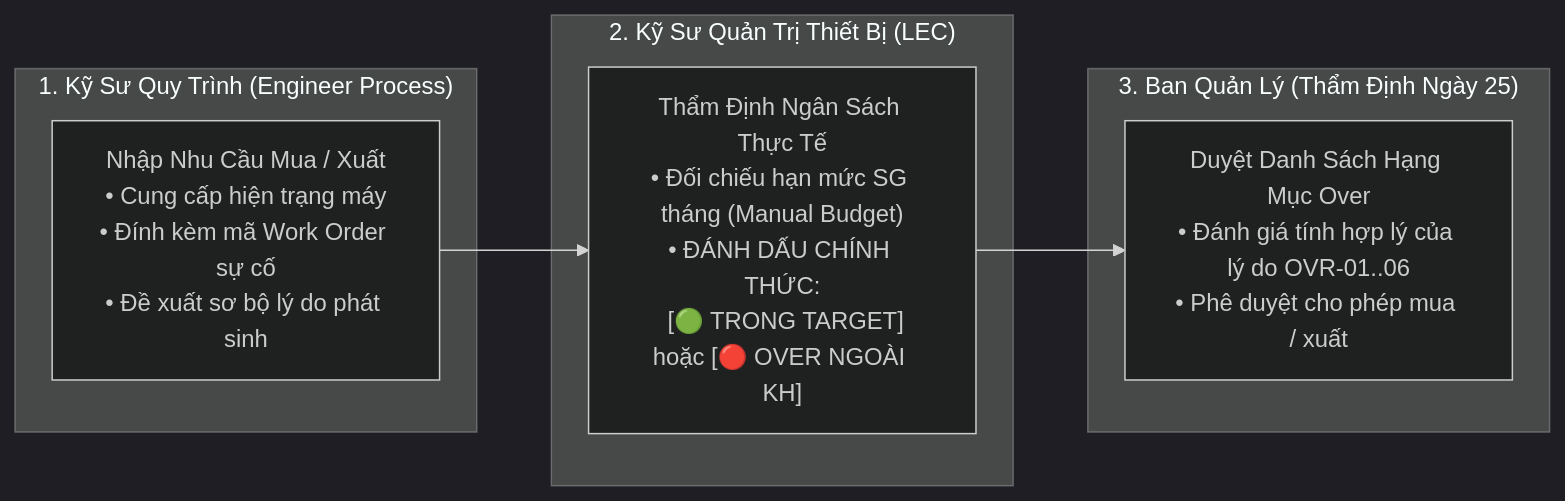
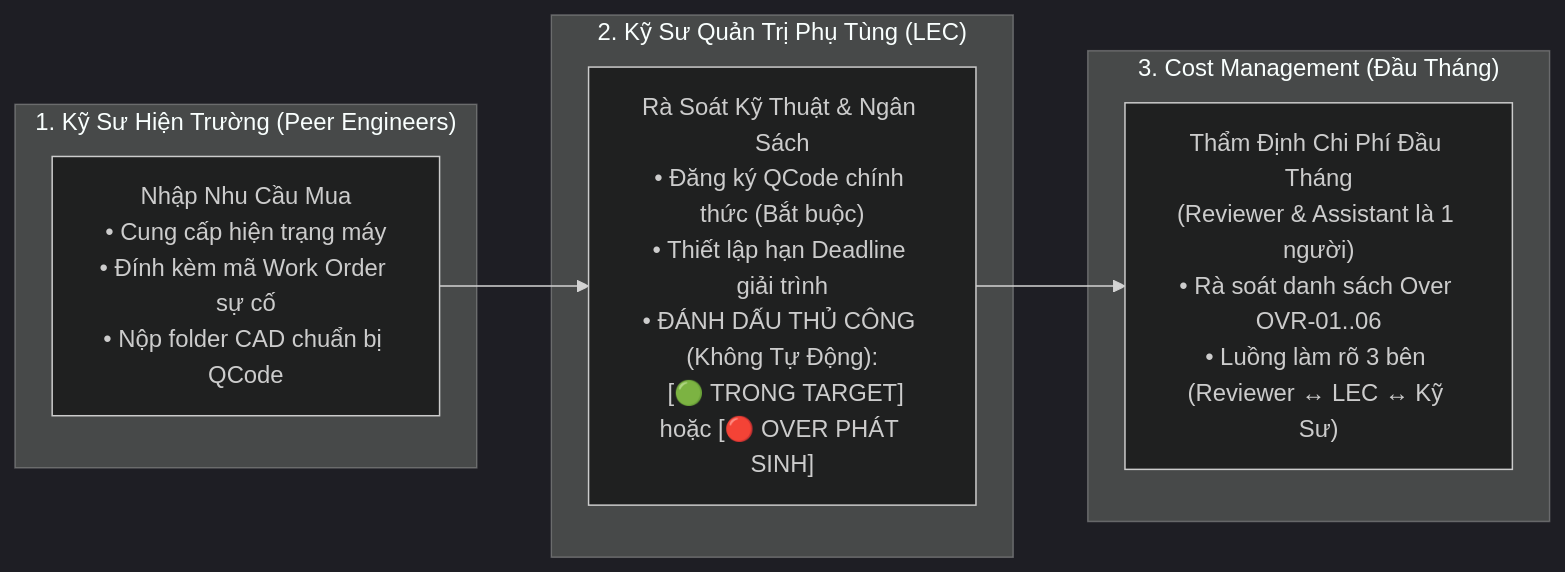
The first of 2 diagrams in procurement-system/04-budget-cost-and-over-management/02-unplanned-over-budget-tracking.md (longphamduc-vn/ops-workflow), drawn with Mermaid (dark theme) before and after one commit. The commit also changed other lines of this file and 37 other files, not shown here.

````diff
--- a/procurement-system/04-budget-cost-and-over-management/02-unplanned-over-budget-tracking.md
+++ b/procurement-system/04-budget-cost-and-over-management/02-unplanned-over-budget-tracking.md
@@ -11,16 +11,16 @@
 ```mermaid
 flowchart LR
-    subgraph REQ["1. Kỹ Sư Quy Trình (Engineer Process)"]
-        A["Nhập Nhu Cầu Mua / Xuất\n• Cung cấp hiện trạng máy\n• Đính kèm mã Work Order sự cố\n• Đề xuất sơ bộ lý do phát sinh"]
+    subgraph REQ["1. Kỹ Sư Hiện Trường (Peer Engineers)"]
+        A["Nhập Nhu Cầu Mua\n• Cung cấp hiện trạng máy\n• Đính kèm mã Work Order sự cố\n• Nộp folder CAD chuẩn bị QCode"]
     end
 
-    subgraph LEC["2. Kỹ Sư Quản Trị Thiết Bị (LEC)"]
-        B["Thẩm Định Ngân Sách Thực Tế\n• Đối chiếu hạn mức SG tháng (Manual Budget)\n• ĐÁNH DẤU CHÍNH THỨC:\n  [🟢 TRONG TARGET] hoặc [🔴 OVER NGOÀI KH]"]
+    subgraph LEC["2. Kỹ Sư Quản Trị Phụ Tùng (LEC)"]
+        B["Rà Soát Kỹ Thuật & Ngân Sách\n• Đăng ký QCode chính thức (Bắt buộc)\n• Thiết lập hạn Deadline giải trình\n• ĐÁNH DẤU THỦ CÔNG (Không Tự Động):\n  [🟢 TRONG TARGET] hoặc [🔴 OVER PHÁT SINH]"]
     end
 
-    subgraph MGMT["3. Ban Quản Lý (Thẩm Định Ngày 25)"]
-        C["Duyệt Danh Sách Hạng Mục Over\n• Đánh giá tính hợp lý của lý do OVR-01..06\n• Phê duyệt cho phép mua / xuất"]
+    subgraph MGMT["3. Cost Management (Đầu Tháng)"]
+        C["Thẩm Định Chi Phí Đầu Tháng\n(Reviewer & Assistant là 1 người)\n• Rà soát danh sách Over OVR-01..06\n• Luồng làm rõ 3 bên (Reviewer ↔ LEC ↔ Kỹ Sư)"]
     end
 
     A --> B --> C
 ```
````
